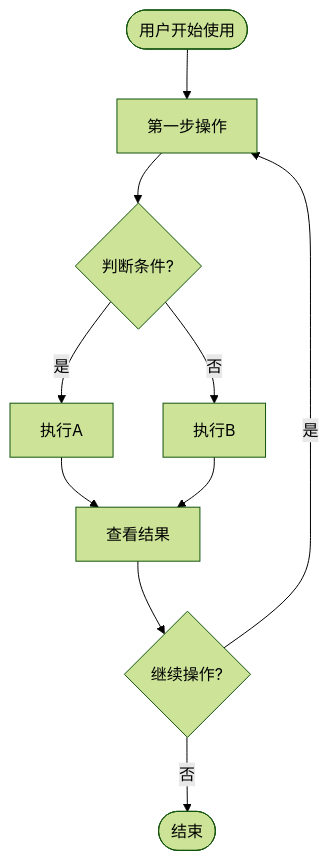
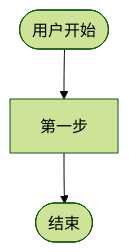
The second of 4 diagrams in skills/generate-document/templates/需求任务.md (effiy/YrY), drawn with Mermaid (forest theme) before and after one commit. The commit also changed other lines of this file and 126 other files, not shown here.

````diff
--- a/skills/generate-document/templates/需求任务.md
+++ b/skills/generate-document/templates/需求任务.md
@@ -53,12 +45,5 @@
 ```mermaid
 flowchart TD
-    Start([用户开始使用]) --> Step1[第一步操作]
-    Step1 --> Decision{判断条件?}
-    Decision -->|是| ActionA[执行A]
-    Decision -->|否| ActionB[执行B]
-    ActionA --> Result[查看结果]
-    ActionB --> Result
-    Result --> Continue{继续操作?}
-    Continue -->|是| Step1
-    Continue -->|否| End([结束])
+    Start([用户开始]) --> Step1[第一步]
+    Step1 --> End([结束])
 ```
````
